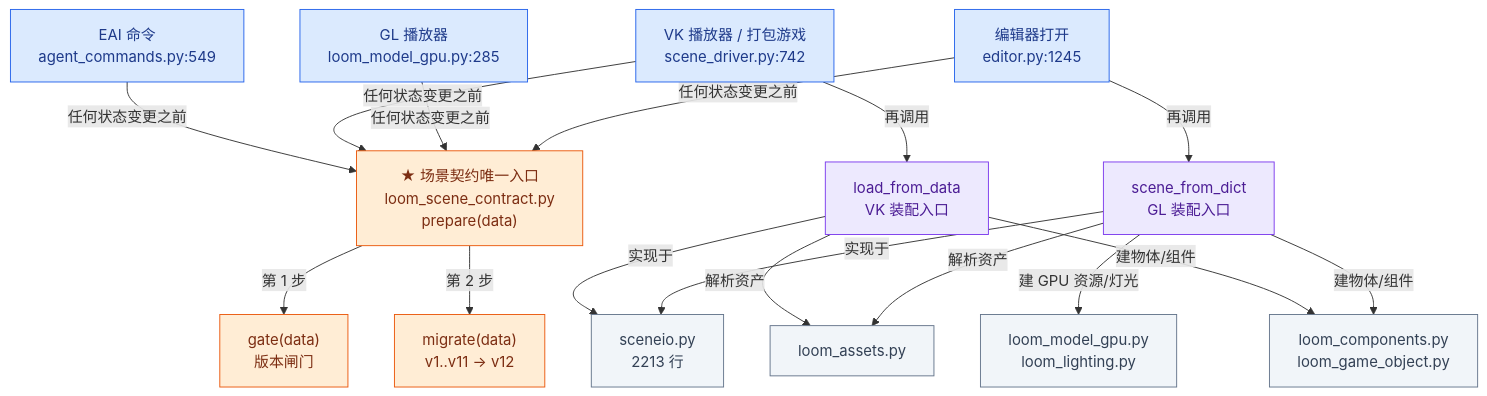
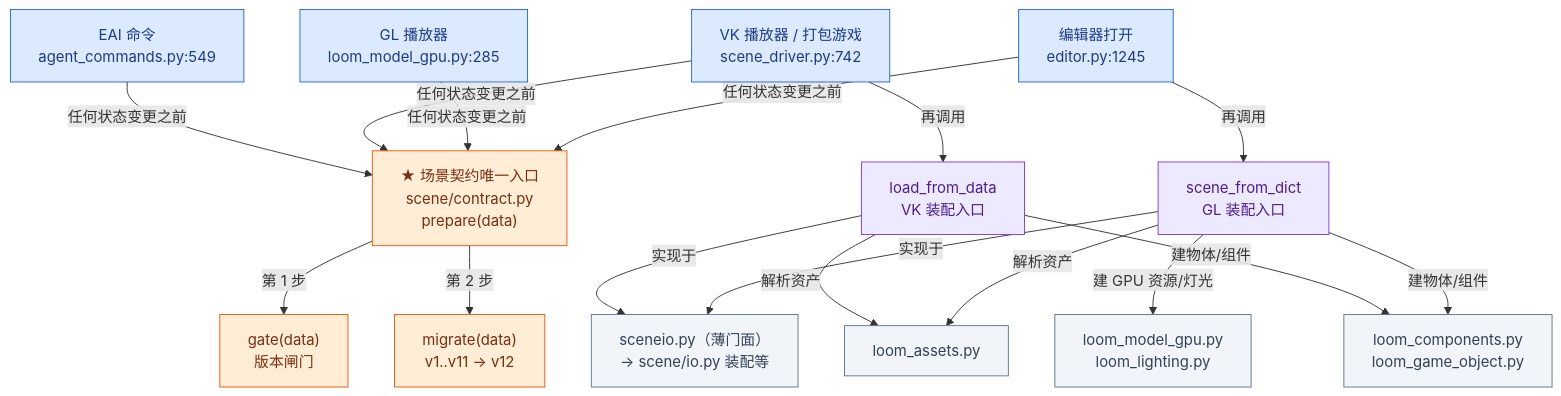
The fifth of 23 diagrams in ARCHITECTURE.md (lhy302/WeaveEngine), drawn with Mermaid before and after one commit. The commit also changed other lines of this file and 39 other files, not shown here.

````diff
--- a/ARCHITECTURE.md
+++ b/ARCHITECTURE.md
@@ -257,35 +257,35 @@
 ```mermaid
 flowchart TB
   E1["编辑器打开<br/>editor.py:1245"]:::entry
   E2["GL 播放器<br/>loom_model_gpu.py:285"]:::entry
   E3["VK 播放器 / 打包游戏<br/>scene_driver.py:742"]:::entry
   E4["EAI 命令<br/>agent_commands.py:549"]:::entry
-  C["★ 场景契约唯一入口<br/>loom_scene_contract.py<br/>prepare(data)"]:::contract
+  C["★ 场景契约唯一入口<br/>scene/contract.py<br/>prepare(data)"]:::contract
   G1["gate(data)<br/>版本闸门"]:::contract
   G2["migrate(data)<br/>v1..v11 → v12"]:::contract
   A1["scene_from_dict<br/>GL 装配入口"]:::facade
   A2["load_from_data<br/>VK 装配入口"]:::facade
-  F1["sceneio.py<br/>2213 行"]:::file
+  F1["sceneio.py（薄门面）<br/>→ scene/io.py 装配等"]:::file
   F2["loom_assets.py"]:::file
   F3["loom_components.py<br/>loom_game_object.py"]:::file
   F4["loom_model_gpu.py<br/>loom_lighting.py"]:::file
   E1 -->|任何状态变更之前| C
   E2 -->|任何状态变更之前| C
   E3 -->|任何状态变更之前| C
   E4 -->|任何状态变更之前| C
   C -->|第 1 步| G1
   C -->|第 2 步| G2
   E1 -->|再调用| A1
   E3 -->|再调用| A2
   A1 -->|实现于| F1
   A2 -->|实现于| F1
   A1 -->|解析资产| F2
   A2 -->|解析资产| F2
   A1 -->|建物体/组件| F3
   A1 -->|建 GPU 资源/灯光| F4
   A2 -->|建物体/组件| F3
   classDef entry fill:#dbeafe,stroke:#2563eb,color:#1e3a8a
   classDef facade fill:#ede9fe,stroke:#7c3aed,color:#4c1d95
   classDef contract fill:#ffedd5,stroke:#ea580c,color:#7c2d12
   classDef file fill:#f1f5f9,stroke:#64748b,color:#334155
 ```
````
